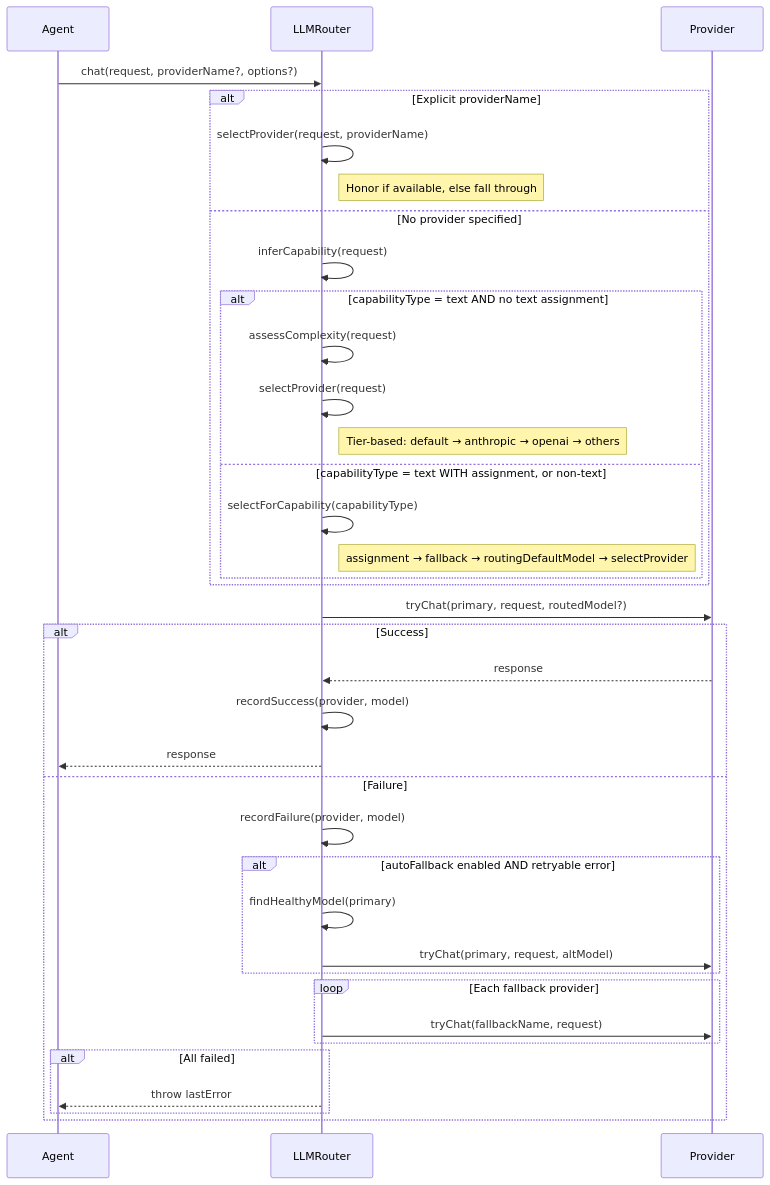
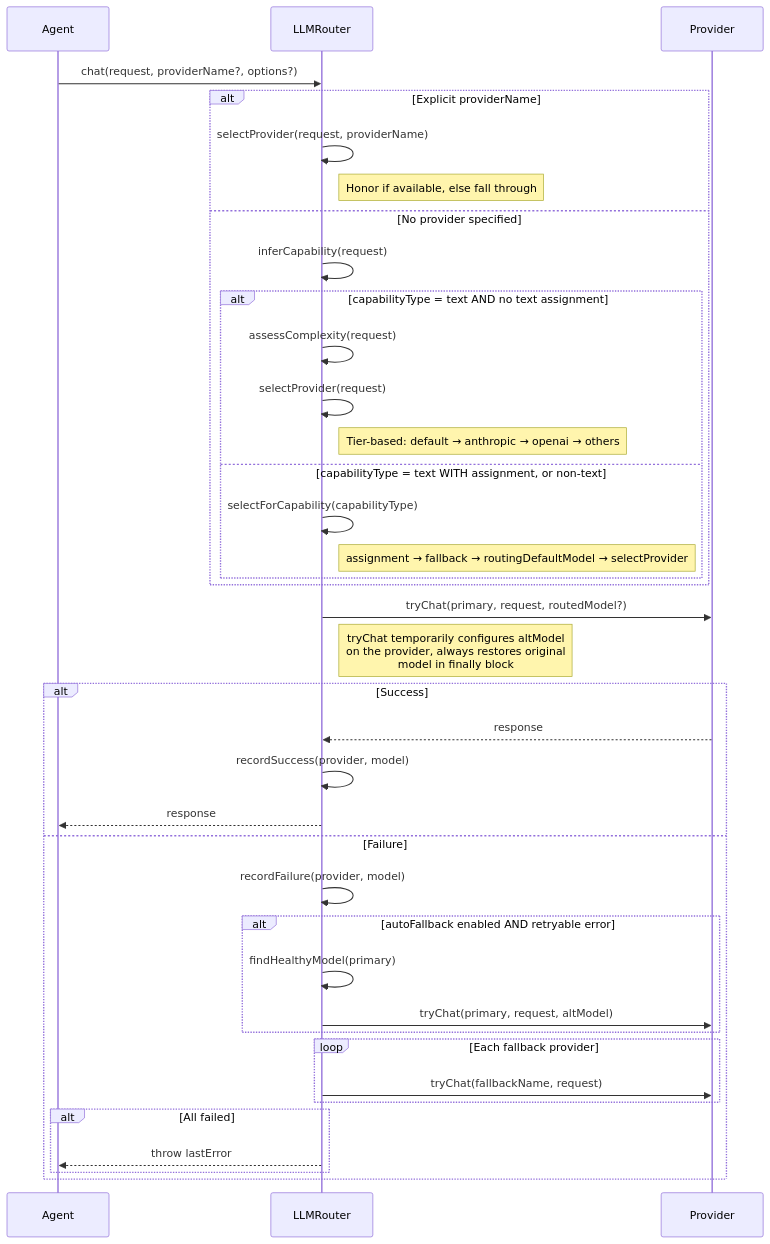
One commit to markus-global/markus changed the first of 3 diagrams in docs/model-routing-architecture.md. Above: the diagram before and after it, drawn with Mermaid. The commit also changed other lines of this file and 2 other files, not shown here.

````diff
--- a/docs/model-routing-architecture.md
+++ b/docs/model-routing-architecture.md
@@ -65,42 +66,43 @@
 ```mermaid
 sequenceDiagram
     participant Agent
     participant Router as LLMRouter
     participant Provider
 
     Agent->>Router: chat(request, providerName?, options?)
 
     alt Explicit providerName
         Router->>Router: selectProvider(request, providerName)
         Note right of Router: Honor if available, else fall through
     else No provider specified
         Router->>Router: inferCapability(request)
         alt capabilityType = text AND no text assignment
             Router->>Router: assessComplexity(request)
             Router->>Router: selectProvider(request)
             Note right of Router: Tier-based: default → anthropic → openai → others
         else capabilityType = text WITH assignment, or non-text
             Router->>Router: selectForCapability(capabilityType)
             Note right of Router: assignment → fallback → routingDefaultModel → selectProvider
         end
     end
 
     Router->>Provider: tryChat(primary, request, routedModel?)
+    Note right of Router: tryChat temporarily configures altModel<br/>on the provider, always restores original<br/>model in finally block
     alt Success
         Provider-->>Router: response
         Router->>Router: recordSuccess(provider, model)
         Router-->>Agent: response
     else Failure
         Router->>Router: recordFailure(provider, model)
         alt autoFallback enabled AND retryable error
             Router->>Router: findHealthyModel(primary)
             Router->>Provider: tryChat(primary, request, altModel)
         end
         loop Each fallback provider
             Router->>Provider: tryChat(fallbackName, request)
         end
         alt All failed
             Router-->>Agent: throw lastError
         end
     end
 ```
````
